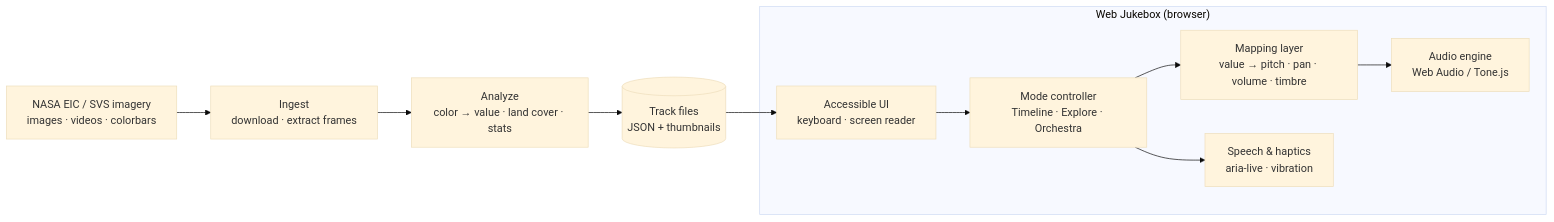
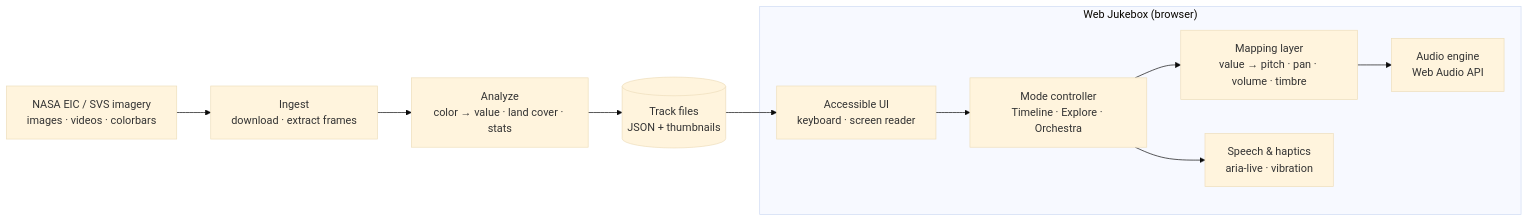
The diagram in ARCHITECTURE.md (Panagiotis676/nasa-app-hackathon), drawn with Mermaid (base theme) before and after one commit. The commit also changed other lines of this file and 4 other files, not shown here.

````diff
--- a/ARCHITECTURE.md
+++ b/ARCHITECTURE.md
@@ -65,14 +65,14 @@
 ```mermaid
 flowchart LR
     SRC["NASA EIC / SVS imagery<br/>images · videos · colorbars"] --> ING["Ingest<br/>download · extract frames"]
     ING --> ANA["Analyze<br/>color → value · land cover · stats"]
     ANA --> TRK[("Track files<br/>JSON + thumbnails")]
     TRK --> UI
 
     subgraph WEB["Web Jukebox (browser)"]
         UI["Accessible UI<br/>keyboard · screen reader"] --> MODE["Mode controller<br/>Timeline · Explore · Orchestra"]
         MODE --> MAP["Mapping layer<br/>value → pitch · pan · volume · timbre"]
-        MAP --> AUD["Audio engine<br/>Web Audio / Tone.js"]
+        MAP --> AUD["Audio engine<br/>Web Audio API"]
         MODE --> FB["Speech & haptics<br/>aria-live · vibration"]
     end
 ```
````
